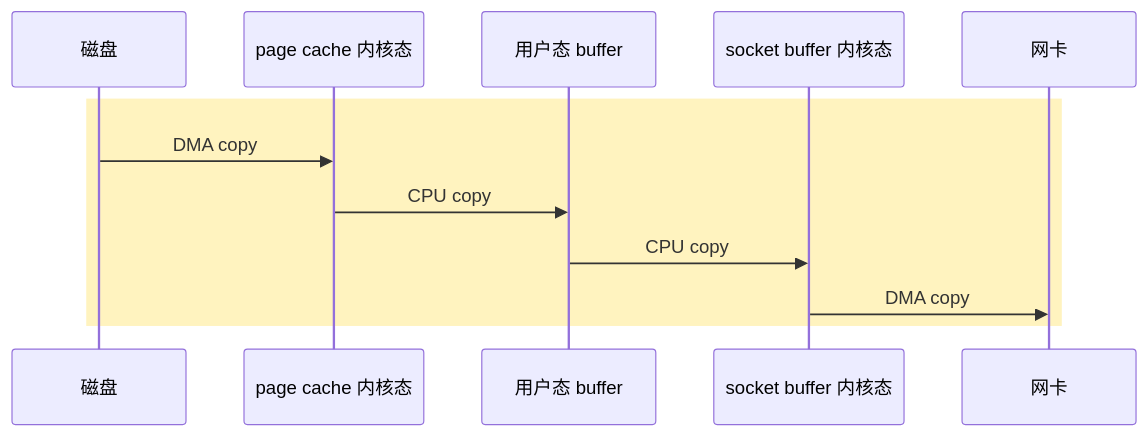
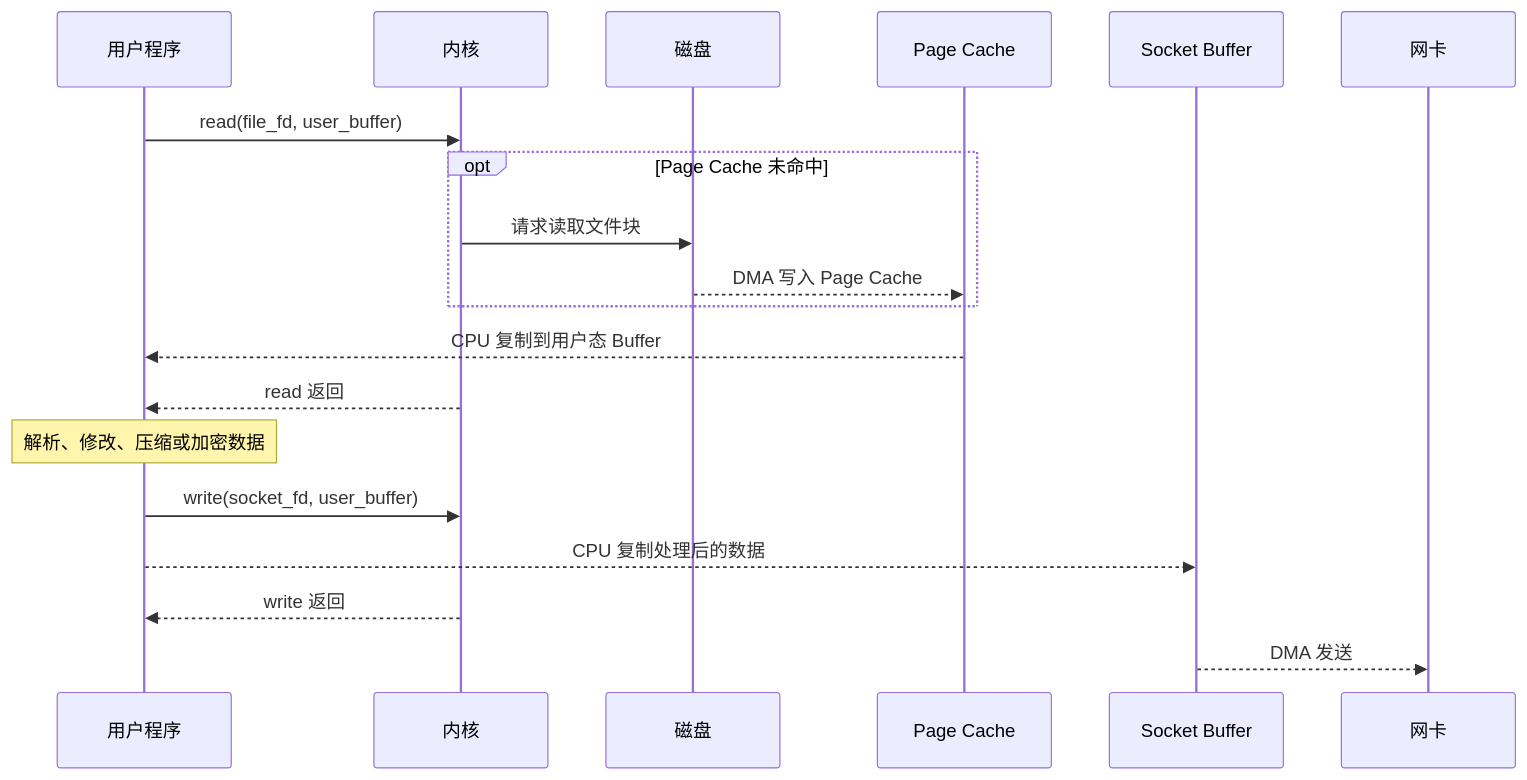
Before and after one commit to puppylpg/puppylpg.github.io: the second of 5 diagrams in _posts/2021-03-31-io-summary.md, drawn with Mermaid. The commit also changed other lines of this file, not shown here.

Commit message:
posts: clarify zero-copy data paths

````diff
--- a/_posts/2021-03-31-io-summary.md
+++ b/_posts/2021-03-31-io-summary.md
@@ -51,15 +71,22 @@
 ```mermaid
 sequenceDiagram
+    participant App as 用户程序
+    participant Kernel as 内核
     participant Disk as 磁盘
-    participant Page as page cache 内核态
-    participant User as 用户态 buffer
-    participant Socket as socket buffer 内核态
+    participant Page as Page Cache
+    participant Socket as Socket Buffer
     participant NIC as 网卡
 
-    rect rgb(255, 243, 191)
-        Disk->>Page: DMA copy
-        Page->>User: CPU copy
-        User->>Socket: CPU copy
-        Socket->>NIC: DMA copy
+    App->>Kernel: read(file_fd, user_buffer)
+    opt Page Cache 未命中
+        Kernel->>Disk: 请求读取文件块
+        Disk-->>Page: DMA 写入 Page Cache
     end
+    Page-->>App: CPU 复制到用户态 Buffer
+    Kernel-->>App: read 返回
+    Note over App: 解析、修改、压缩或加密数据
+    App->>Kernel: write(socket_fd, user_buffer)
+    App-->>Socket: CPU 复制处理后的数据
+    Kernel-->>App: write 返回
+    Socket-->>NIC: DMA 发送
 ```
````
